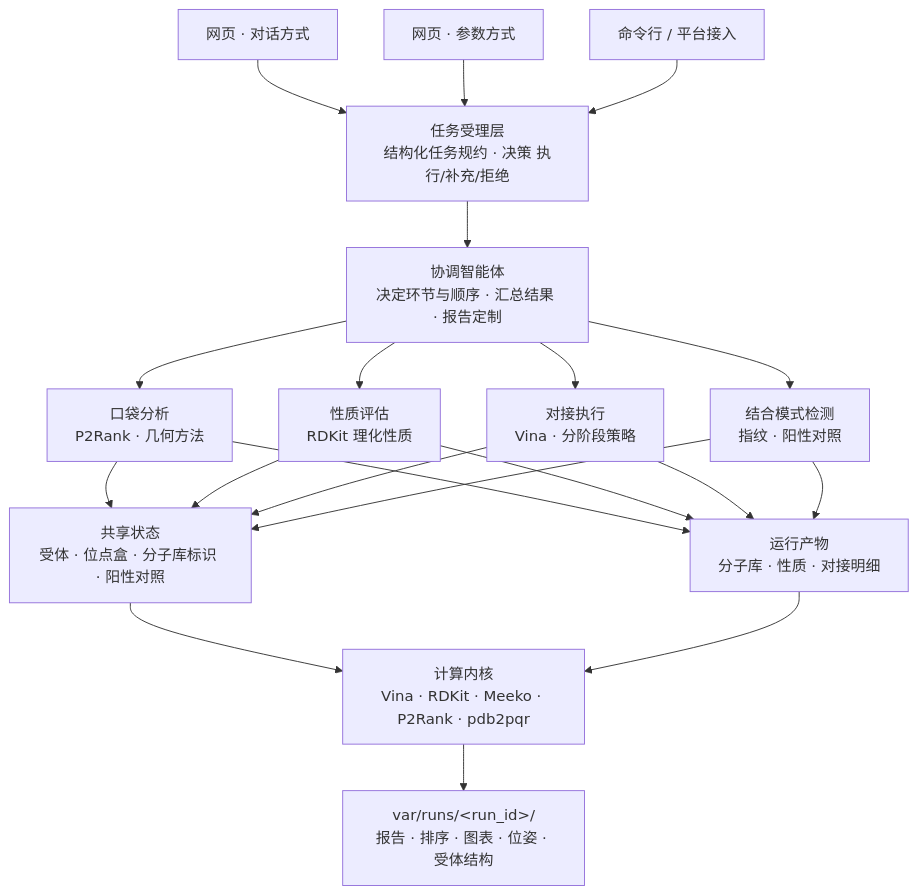
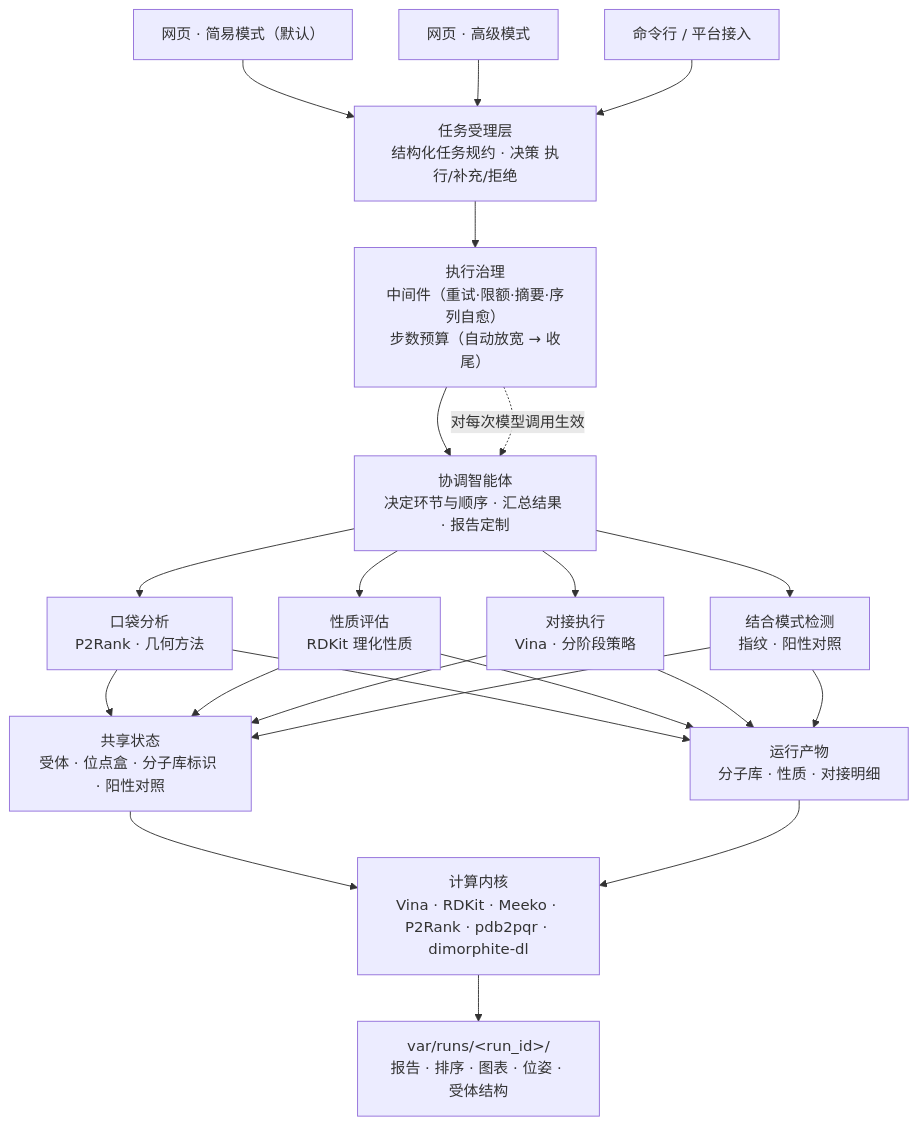
The diagram in docs/技术文档.md (yuhao233/Docking-Multi-agent), drawn with Mermaid before and after one commit. The commit also changed other lines of this file and 16 other files, not shown here.

````diff
--- a/docs/技术文档.md
+++ b/docs/技术文档.md
@@ -73,16 +76,18 @@
 ```mermaid
 flowchart TB
-    U1["网页 · 对话方式"] --> INTAKE
-    U2["网页 · 参数方式"] --> INTAKE
+    U1["网页 · 简易模式（默认）"] --> INTAKE
+    U2["网页 · 高级模式"] --> INTAKE
     U3["命令行 / 平台接入"] --> INTAKE
-    INTAKE["任务受理层<br/>结构化任务规约 · 决策 执行/补充/拒绝"] --> COORD
+    INTAKE["任务受理层<br/>结构化任务规约 · 决策 执行/补充/拒绝"] --> GOV
+    GOV["执行治理<br/>中间件（重试·限额·摘要·序列自愈）<br/>步数预算（自动放宽 → 收尾）"] --> COORD
     COORD["协调智能体<br/>决定环节与顺序 · 汇总结果 · 报告定制"]
     COORD --> W1["口袋分析<br/>P2Rank · 几何方法"]
     COORD --> W2["性质评估<br/>RDKit 理化性质"]
     COORD --> W3["对接执行<br/>Vina · 分阶段策略"]
     COORD --> W4["结合模式检测<br/>指纹 · 阳性对照"]
     W1 & W2 & W3 & W4 --> BB["共享状态<br/>受体 · 位点盒 · 分子库标识 · 阳性对照"]
     W1 & W2 & W3 & W4 --> FILES["运行产物<br/>分子库 · 性质 · 对接明细"]
-    BB & FILES --> CORE["计算内核<br/>Vina · RDKit · Meeko · P2Rank · pdb2pqr"]
+    BB & FILES --> CORE["计算内核<br/>Vina · RDKit · Meeko · P2Rank · pdb2pqr · dimorphite-dl"]
+    GOV -.->|对每次模型调用生效| COORD
     CORE --> OUT["var/runs/&lt;run_id&gt;/<br/>报告 · 排序 · 图表 · 位姿 · 受体结构"]
 ```
````
